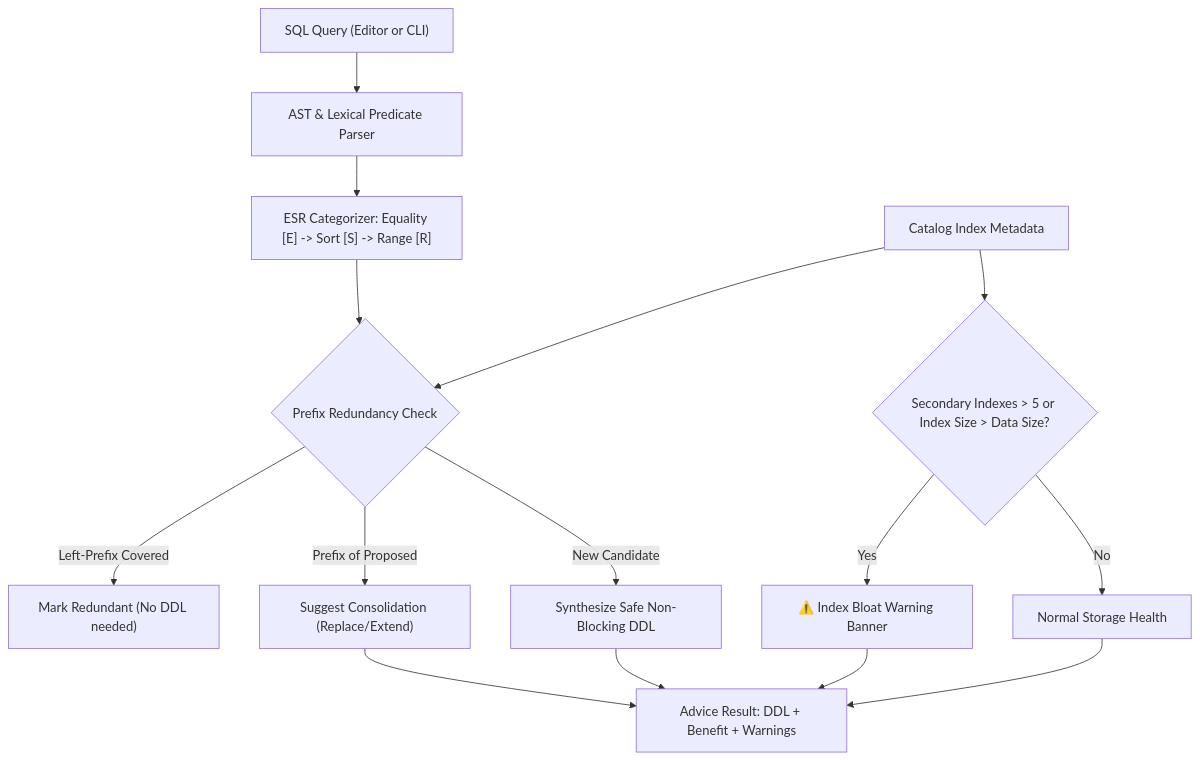
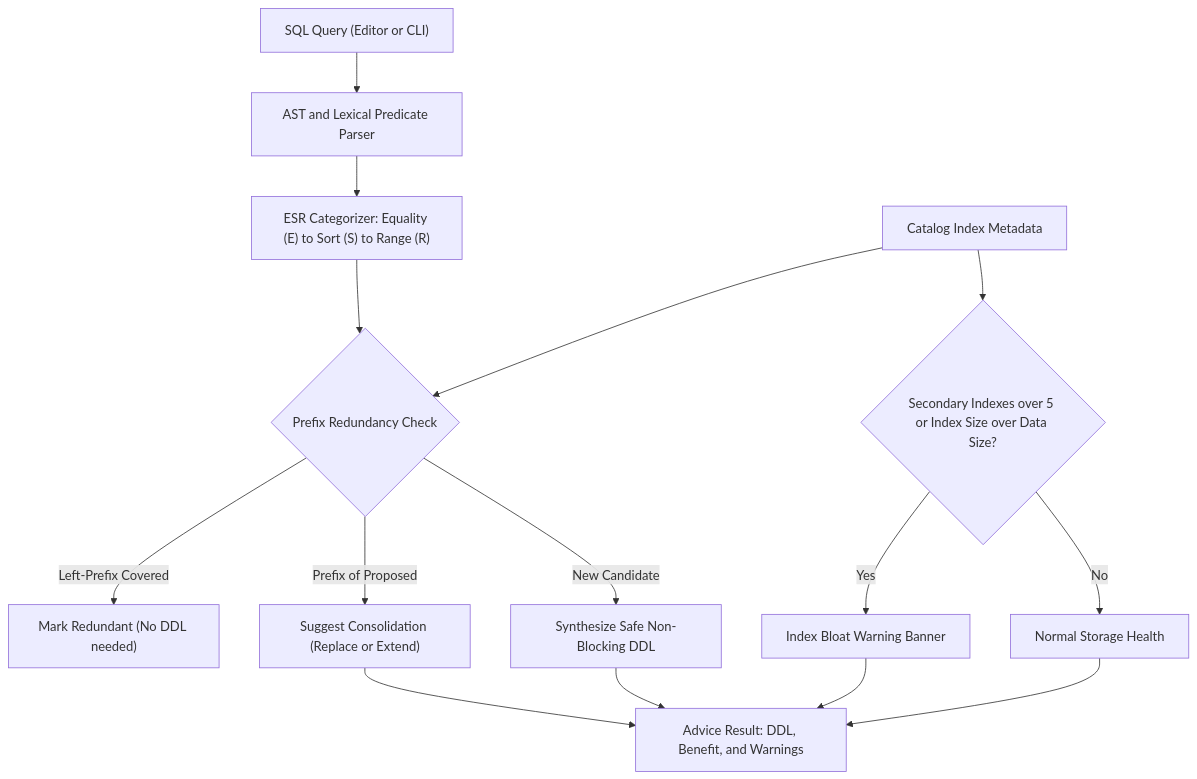
One commit to herliansyah/sqlfox changed diagram 11 of 23 in ARCHITECTURE.md. Above: the diagram before and after it, drawn with Mermaid. The commit also changed other lines of this file and 9 other files, not shown here.

First line of the commit message:
docs: synchronize architecture, milestones, and security specs for v0.16.1 (#137)

````diff
--- a/ARCHITECTURE.md
+++ b/ARCHITECTURE.md
@@ -579,21 +579,21 @@
 ```mermaid
 flowchart TD
-    SQLQuery["SQL Query (Editor or CLI)"] --> ASTParser["AST & Lexical Predicate Parser"]
-    ASTParser --> ESRClassifier["ESR Categorizer: Equality [E] -> Sort [S] -> Range [R]"]
+    SQLQuery["SQL Query (Editor or CLI)"] --> ASTParser["AST and Lexical Predicate Parser"]
+    ASTParser --> ESRClassifier["ESR Categorizer: Equality (E) to Sort (S) to Range (R)"]
     
     Catalog["Catalog Index Metadata"] --> RedundancyCheck{"Prefix Redundancy Check"}
     ESRClassifier --> RedundancyCheck
     
     RedundancyCheck -->|Left-Prefix Covered| Redundant["Mark Redundant (No DDL needed)"]
-    RedundancyCheck -->|Prefix of Proposed| Consolidate["Suggest Consolidation (Replace/Extend)"]
+    RedundancyCheck -->|Prefix of Proposed| Consolidate["Suggest Consolidation (Replace or Extend)"]
     RedundancyCheck -->|New Candidate| Propose["Synthesize Safe Non-Blocking DDL"]
     
-    Catalog --> BloatCheck{"Secondary Indexes > 5 or Index Size > Data Size?"}
-    BloatCheck -->|Yes| BloatWarn["⚠️ Index Bloat Warning Banner"]
+    Catalog --> BloatCheck{"Secondary Indexes over 5 or Index Size over Data Size?"}
+    BloatCheck -->|Yes| BloatWarn["Index Bloat Warning Banner"]
     BloatCheck -->|No| Healthy["Normal Storage Health"]
     
-    BloatWarn --> Output["Advice Result: DDL + Benefit + Warnings"]
+    BloatWarn --> Output["Advice Result: DDL, Benefit, and Warnings"]
     Healthy --> Output
     Propose --> Output
     Consolidate --> Output
 ```
````
